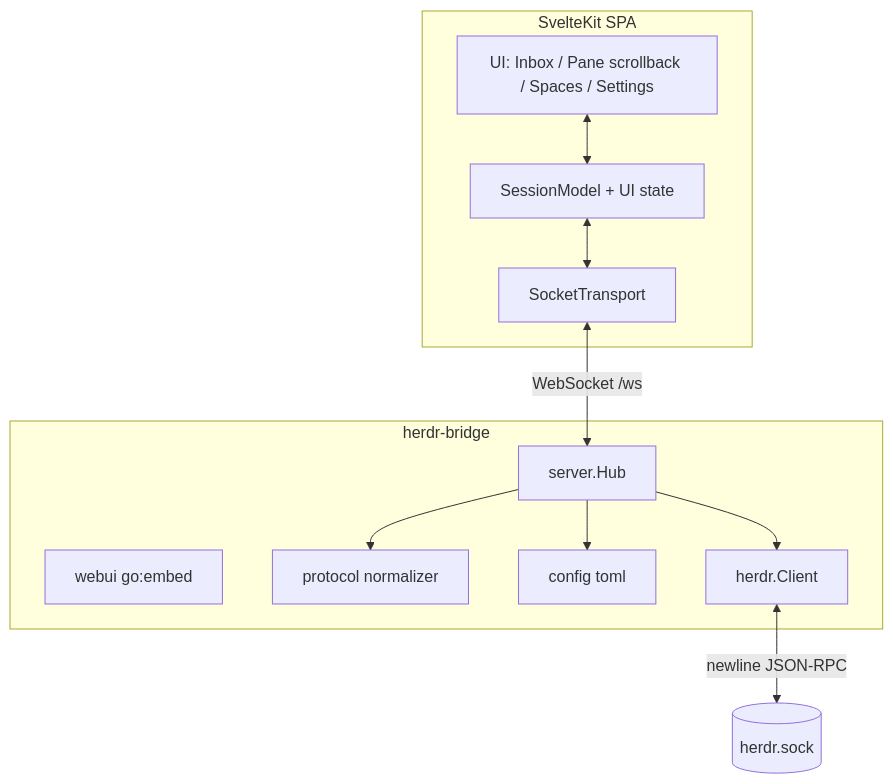
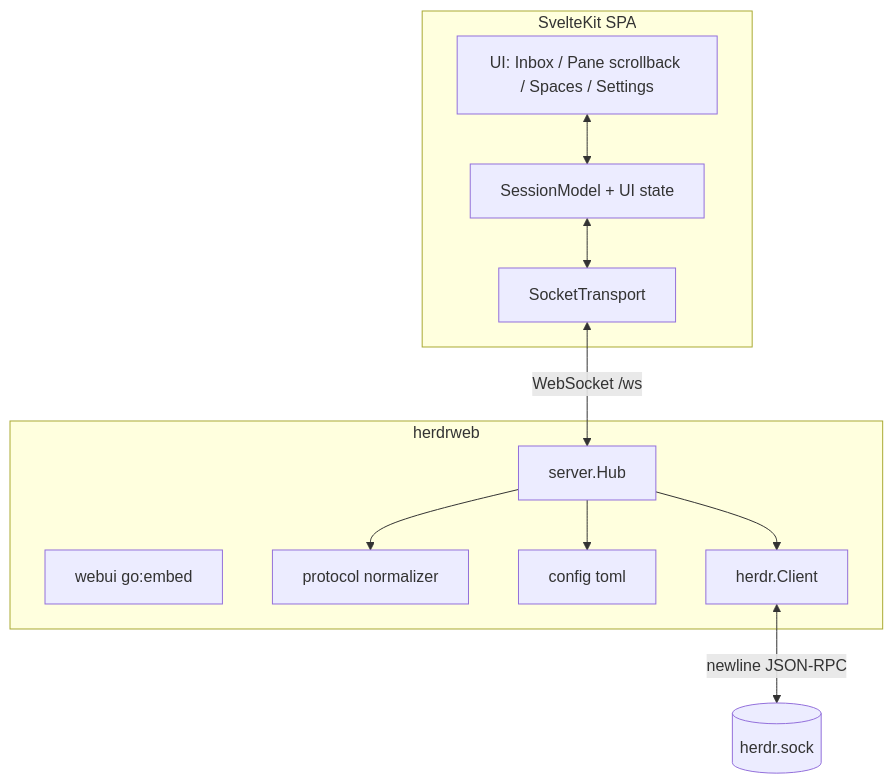
Before and after one commit to sarathsp06/herdrweb: the diagram in okf/architecture/overview.md, drawn with Mermaid. The commit also changed other lines of this file and 16 other files, not shown here.

First line of the commit message:
rename(build): binary name herdr-bridge -> herdrweb

````diff
--- a/okf/architecture/overview.md
+++ b/okf/architecture/overview.md
@@ -13,22 +13,22 @@
 ```mermaid
 graph TD
   subgraph Browser [SvelteKit SPA]
     UI[UI: Inbox / Pane scrollback / Spaces / Settings]
     SM[SessionModel + UI state]
     ST[SocketTransport]
     UI <--> SM
     SM <--> ST
   end
-  subgraph Bridge [herdr-bridge]
+  subgraph Bridge [herdrweb]
     Hub[server.Hub]
     WebUI[webui go:embed]
     Proto[protocol normalizer]
     Cfg[config toml]
     Client[herdr.Client]
     ST <-->|WebSocket /ws| Hub
     Hub --> Proto
     Hub --> Cfg
     Hub --> Client
   end
   Client <-->|newline JSON-RPC| Sock[(herdr.sock)]
 ```
````
